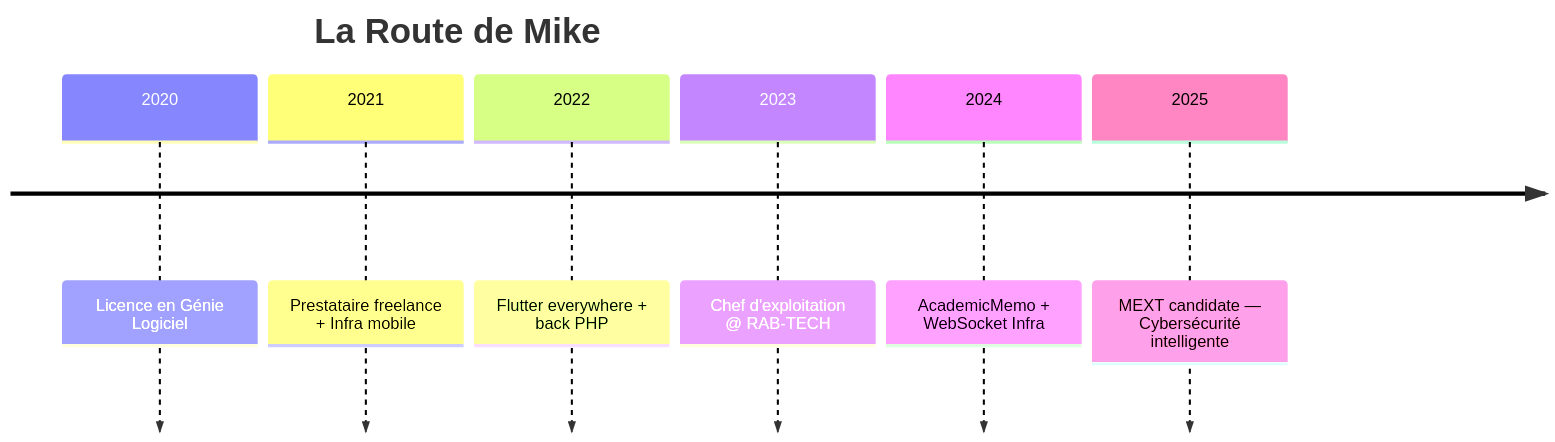
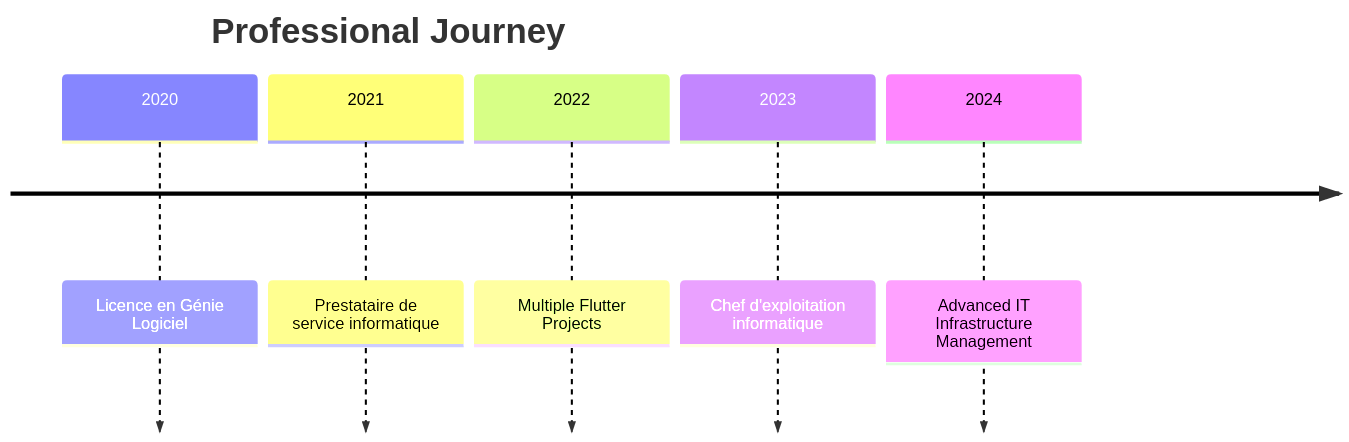
Before and after one commit to MikeCHOKKI/MikeCHOKKI: the second of 2 diagrams in README.md, drawn with Mermaid. The commit also changed other lines of this file and 3 other files, not shown here.

````diff
--- a/README.md
+++ b/README.md
@@ -130,10 +307,9 @@
 ```mermaid
 timeline
-    title La Route de Mike
-    2020 : Licence en Génie Logiciel
-    2021 : Prestataire freelance + Infra mobile
-    2022 : Flutter everywhere + back PHP
-    2023 : Chef d'exploitation @ RAB-TECH
-    2024 : AcademicMemo + WebSocket Infra
-    2025 : MEXT candidate — Cybersécurité intelligente
+    title Professional Journey
+    2020    : Licence en Génie Logiciel
+    2021    : Prestataire de service informatique
+    2022    : Multiple Flutter Projects
+    2023    : Chef d'exploitation informatique
+    2024    : Advanced IT Infrastructure Management
 ```
````
